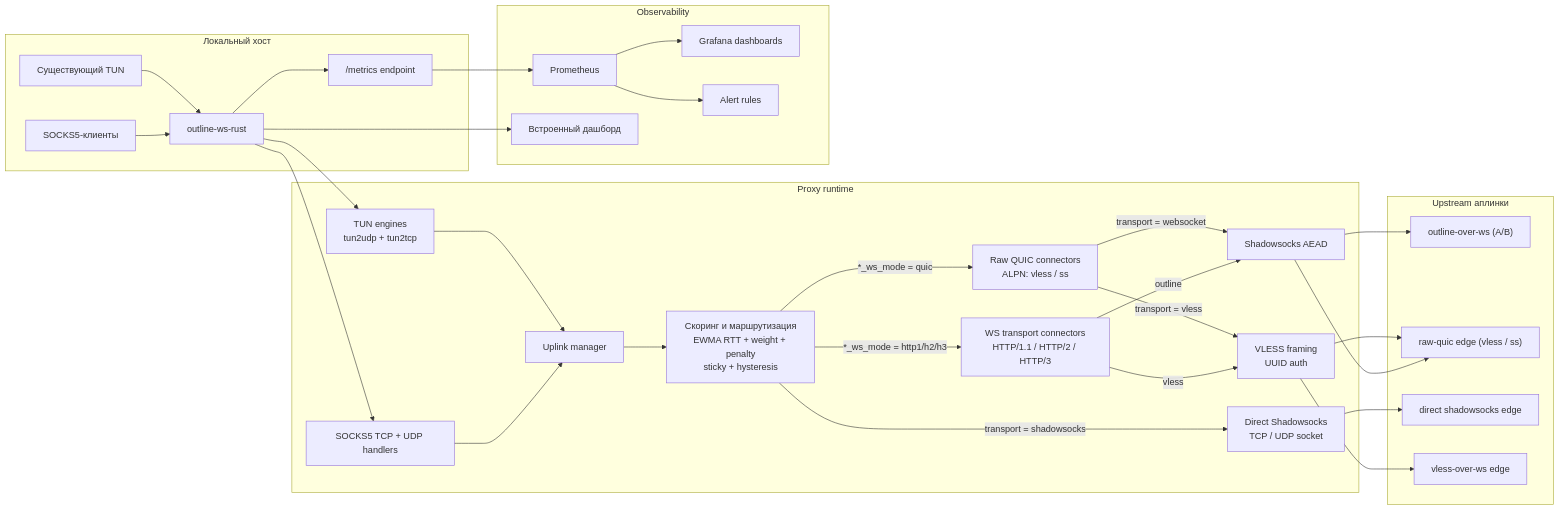
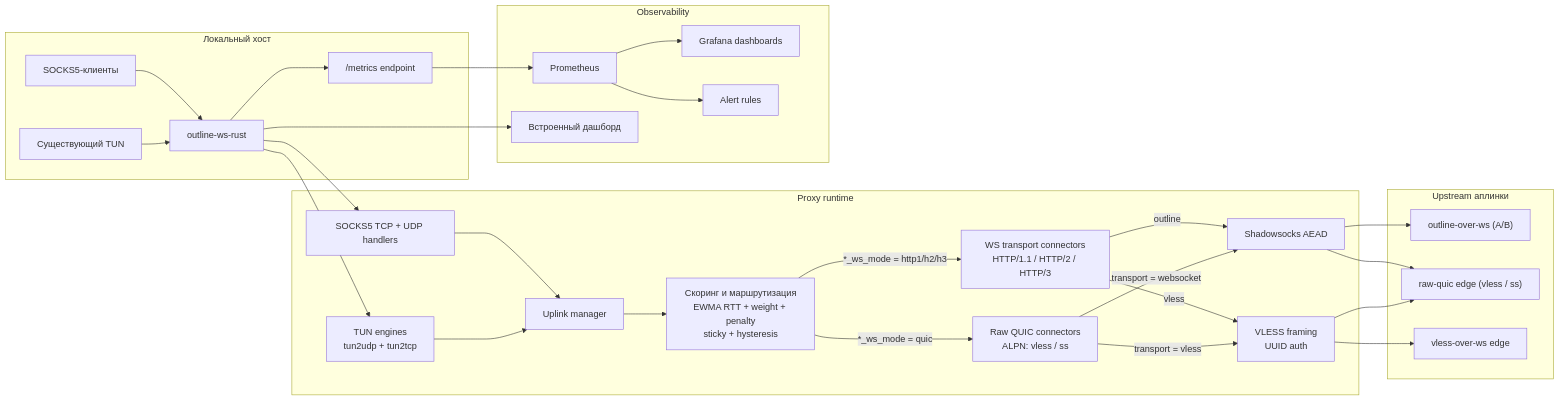
One commit to balookrd/outline-proxy changed the diagram in bins/outline-ws-rust/README.ru.md. Above: the diagram before and after it, drawn with Mermaid. The commit also changed other lines of this file and 54 other files, not shown here.

First line of the commit message:
refactor(client): remove the direct Shadowsocks socket uplink

````diff
--- a/bins/outline-ws-rust/README.ru.md
+++ b/bins/outline-ws-rust/README.ru.md
@@ -39,69 +38,64 @@
 ```mermaid
 flowchart LR
     subgraph LocalHost["Локальный хост"]
         C["SOCKS5-клиенты"]
         T["Существующий TUN"]
         P["outline-ws-rust"]
         M["/metrics endpoint"]
         C --> P
         T --> P
         P --> M
     end
 
     subgraph Runtime["Proxy runtime"]
         S["SOCKS5 TCP + UDP handlers"]
         U["Uplink manager"]
         LB["Скоринг и маршрутизация
 EWMA RTT + weight + penalty
 sticky + hysteresis"]
         WS["WS transport connectors
 HTTP/1.1 / HTTP/2 / HTTP/3"]
         QC["Raw QUIC connectors
 ALPN: vless / ss"]
-        DS["Direct Shadowsocks
-TCP / UDP socket"]
         SS["Shadowsocks AEAD"]
         VL["VLESS framing
 UUID auth"]
         TT["TUN engines
 tun2udp + tun2tcp"]
     end
 
     P --> S
     P --> TT
     S --> U
     TT --> U
     U --> LB
     LB -->|"*_ws_mode = http1/h2/h3"| WS
     LB -->|"*_ws_mode = quic"| QC
-    LB -->|"transport = shadowsocks"| DS
     WS -->|"outline"| SS
     WS -->|"vless"| VL
     QC -->|"transport = websocket"| SS
     QC -->|"transport = vless"| VL
 
     subgraph Upstream["Upstream аплинки"]
         O1["outline-over-ws (A/B)"]
         O2["raw-quic edge (vless / ss)"]
-        O3["direct shadowsocks edge"]
         O4["vless-over-ws edge"]
     end
 
     SS --> O1
     SS --> O2
-    DS --> O3
     VL --> O4
     VL --> O2
 
     subgraph Observability["Observability"]
         PR["Prometheus"]
         DASH["Встроенный дашборд"]
         GD["Grafana dashboards"]
         AL["Alert rules"]
     end
 
     M --> PR
     P --> DASH
     PR --> GD
     PR --> AL
 ```
````
